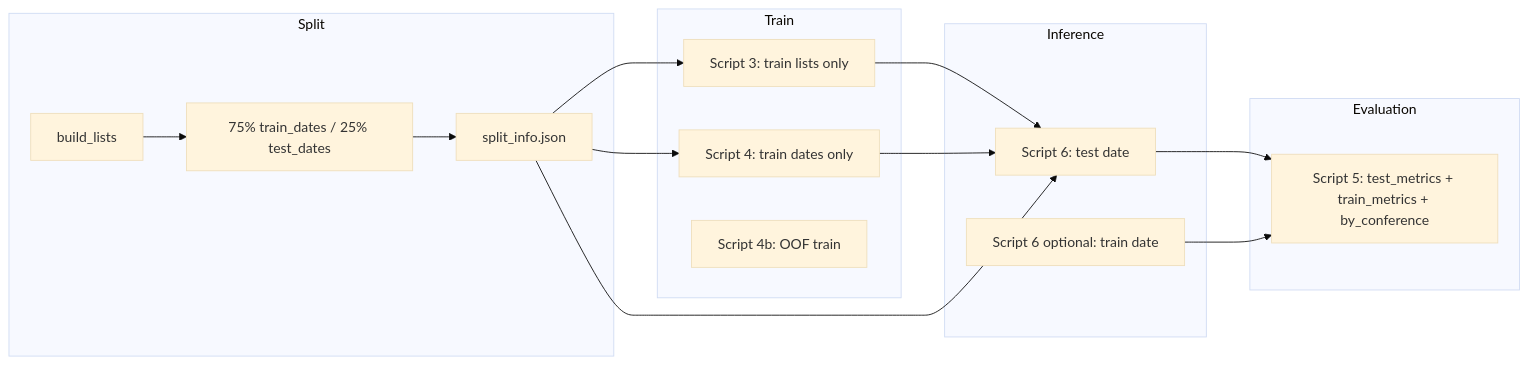
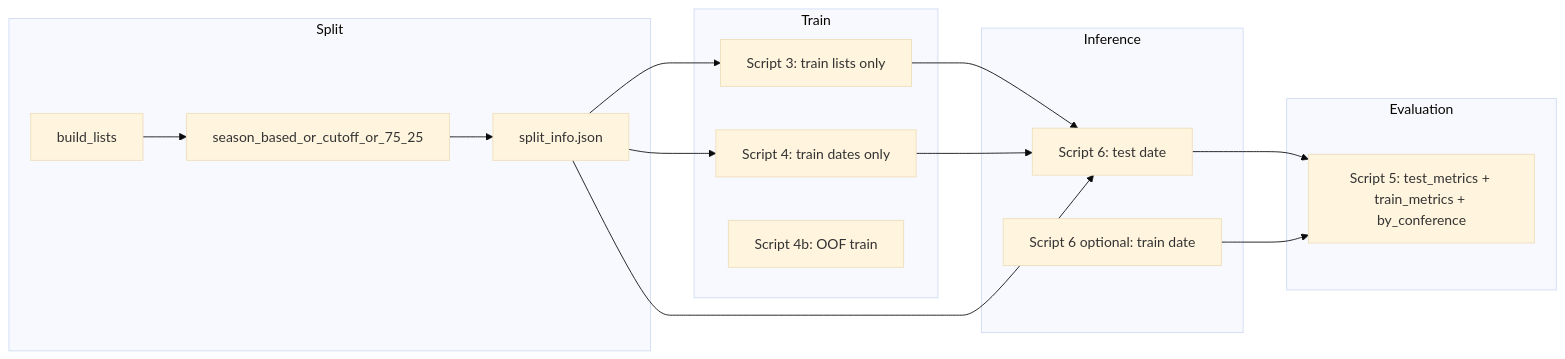
One commit to Tmaku18/NBA-Playoff-Strength-Project changed the diagram in .cursor/plans/75-25_split_and_richer_metrics_78a2db80.plan.md. Above: the diagram before and after it, drawn with Mermaid (base theme). The commit also changed other lines of this file and 33 other files, not shown here.

````diff
--- a/.cursor/plans/75-25_split_and_richer_metrics_78a2db80.plan.md
+++ b/.cursor/plans/75-25_split_and_richer_metrics_78a2db80.plan.md
@@ -87,29 +96,29 @@
 ```mermaid
 flowchart LR
   subgraph split [Split]
     Lists[build_lists]
-    SplitLogic["75% train_dates / 25% test_dates"]
+    SplitLogic["season_based_or_cutoff_or_75_25"]
     SplitFile[split_info.json]
   end
   subgraph train [Train]
     Script3[Script 3: train lists only]
     Script4[Script 4: train dates only]
     Script4b[Script 4b: OOF train]
   end
   subgraph infer [Inference]
     InfTest[Script 6: test date]
     InfTrain[Script 6 optional: train date]
   end
   subgraph eval [Evaluation]
     Eval5[Script 5: test_metrics + train_metrics + by_conference]
   end
   Lists --> SplitLogic
   SplitLogic --> SplitFile
   SplitFile --> Script3
   SplitFile --> Script4
   Script3 --> InfTest
   Script4 --> InfTest
   SplitFile --> InfTest
   InfTest --> Eval5
   InfTrain --> Eval5
 ```
````
